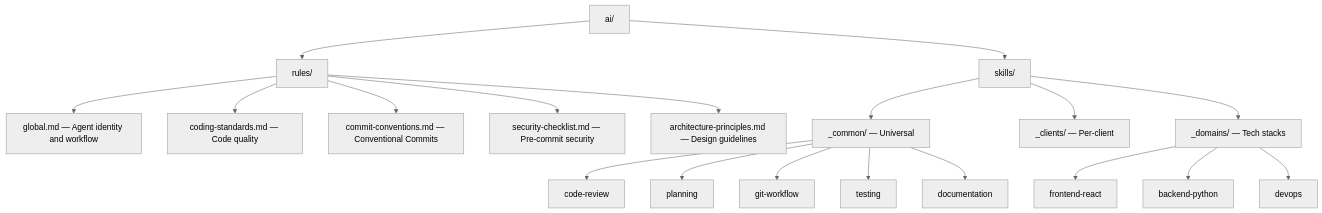
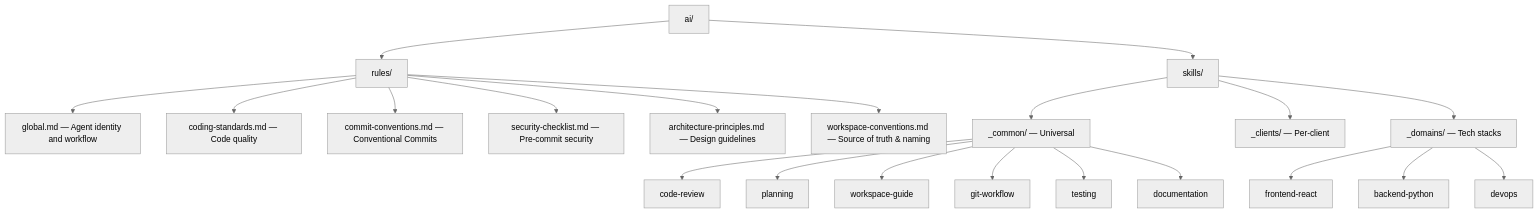
The fourth of 4 diagrams in docs/architecture.md (samartined/mAIcelium), drawn with Mermaid (neutral theme) before and after one commit. The commit also changed other lines of this file and 23 other files, not shown here.

````diff
--- a/docs/architecture.md
+++ b/docs/architecture.md
@@ -172,25 +173,27 @@
 ```mermaid
 graph TD
     AI["ai/"] --> RulesDir["rules/"]
     AI --> SkillsDir["skills/"]
 
     RulesDir --> Global["global.md — Agent identity and workflow"]
     RulesDir --> Coding["coding-standards.md — Code quality"]
     RulesDir --> Commits["commit-conventions.md — Conventional Commits"]
     RulesDir --> Security["security-checklist.md — Pre-commit security"]
     RulesDir --> Architecture["architecture-principles.md — Design guidelines"]
+    RulesDir --> WsConventions["workspace-conventions.md — Source of truth & naming"]
 
     SkillsDir --> CommonDir["_common/ — Universal"]
     SkillsDir --> ClientsDir["_clients/ — Per-client"]
     SkillsDir --> DomainsDir["_domains/ — Tech stacks"]
 
     CommonDir --> CR["code-review"]
     CommonDir --> PL["planning"]
+    CommonDir --> WG["workspace-guide"]
     CommonDir --> GW["git-workflow"]
     CommonDir --> TE["testing"]
     CommonDir --> DO["documentation"]
 
     DomainsDir --> FR["frontend-react"]
     DomainsDir --> BP["backend-python"]
     DomainsDir --> DV["devops"]
 ```
````
